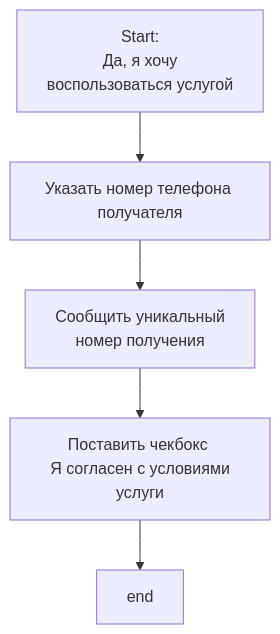
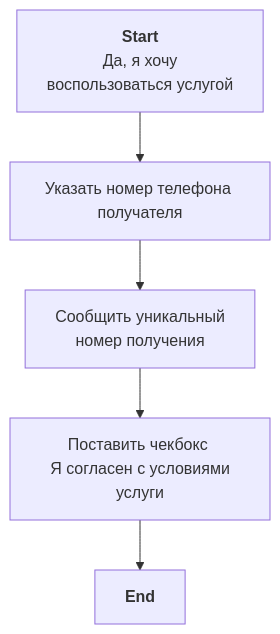
The diagram in MP Rating/BuyBackPlus.md (taqyon/mprating-docs), drawn with Mermaid before and after one commit. The commit also changed other lines of this file and 6 other files, not shown here.

````diff
--- a/MP Rating/BuyBackPlus.md
+++ b/MP Rating/BuyBackPlus.md
@@ -21,15 +27,15 @@
 ```mermaid
 
 graph TD
 
-start[Start: <br> Да, я хочу <br> воспользоваться услугой]
+start[<b>Start</b> <br> Да, я хочу <br> воспользоваться услугой]
 PutTelNumber[Указать номер телефона получателя]
 PutReciveNumber[Сообщить уникальный <br> номер получения]
 Yes[Поставить чекбокс <br> Я согласен с условиями услуги]
 
-Endd[end]
+Endd[<b>End</b>]
 
 start --> PutTelNumber --> PutReciveNumber --> Yes --> Endd
 
 
 ```
````
